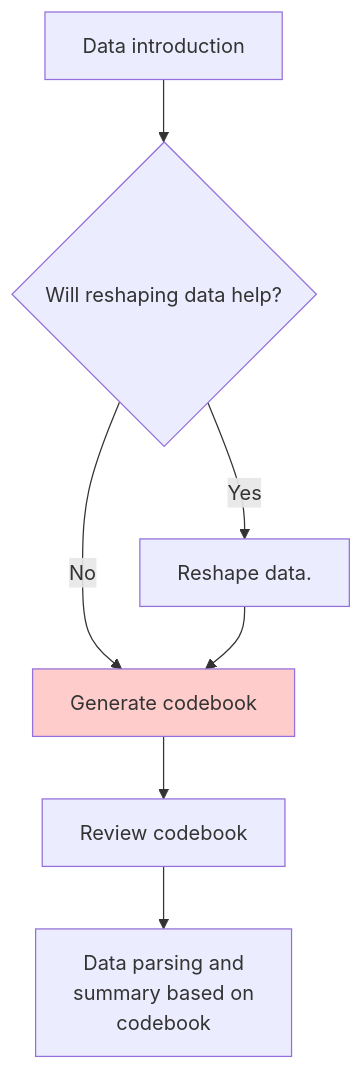
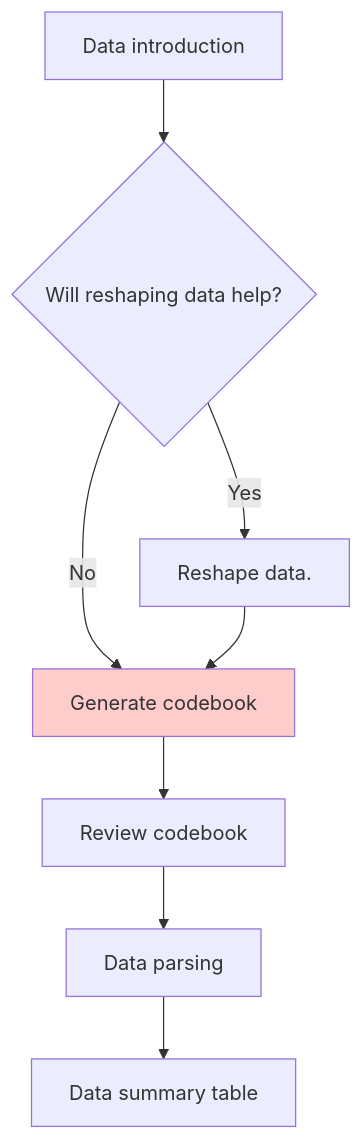
The diagram in Lecture-notes/06-codebook.md (tpemartin/113-2-data-visualization), drawn with Mermaid before and after one commit. The commit also changed other lines of this file and 5 other files, not shown here.

````diff
--- a/Lecture-notes/06-codebook.md
+++ b/Lecture-notes/06-codebook.md
@@ -11,12 +11,11 @@
 ```mermaid
 graph TD
     A["`Data introduction`"] --> B{"`Will reshaping data help?`"}
     B -->|Yes| C["`Reshape data.`"]
     B -->|No| D["`Generate codebook`"]
     style D fill:#ffcccc
     D --> G["`Review codebook`"]
     C --> D
-    G --> F[""`Data parsing and 
-    summary based on 
-    codebook`""]
+    G --> F[""`Data parsing`""]
+    F --> H["`Data summary table`"]
 ```
````
